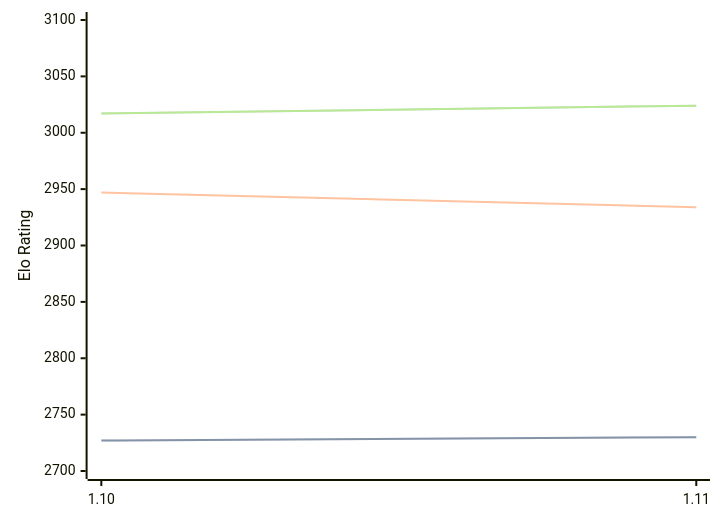
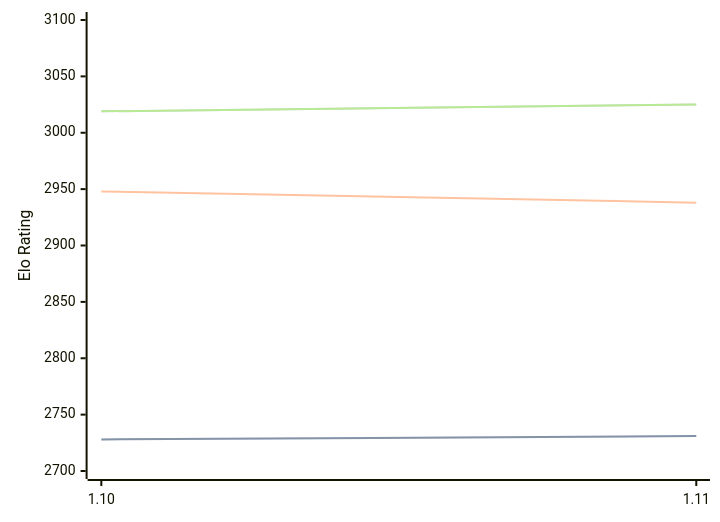
The diagram in engines/Roc.md (computer-chess-index/cci), drawn with Mermaid before and after one commit. The commit also changed other lines of this file, not shown here.

Commit message:
Update CCI Ratings (ELO VLTC) - 2026-08-09

````diff
--- a/engines/Roc.md
+++ b/engines/Roc.md
@@ -54,11 +54,11 @@
 ```mermaid
 %%{init: {"theme":"base","themeVariables":{"seriesColors:['#a3a3a3','#222221','#faa371']}}}%%
 xychart-beta
   x-axis ["1.10", "1.11"]
   y-axis "Elo Rating" 2700 --> 3100
-  line "STC (8.0+0.08s)" [2727, 2730]
-  line "STC (8.0+0.08s)" [2727, 2730]
-  line "LTC (60.0+0.60s)" [2947, 2934]
-  line "VLTC (2m24s+1.12s)" [3017, 3024]
-  line "VLTC (2m24s+1.12s)" [3017, 3024]
+  line "STC (8.0+0.08s)" [2728, 2731]
+  line "STC (8.0+0.08s)" [2728, 2731]
+  line "LTC (60.0+0.60s)" [2948, 2938]
+  line "VLTC (2m24s+1.12s)" [3019, 3025]
+  line "VLTC (2m24s+1.12s)" [3019, 3025]
 ```
````
